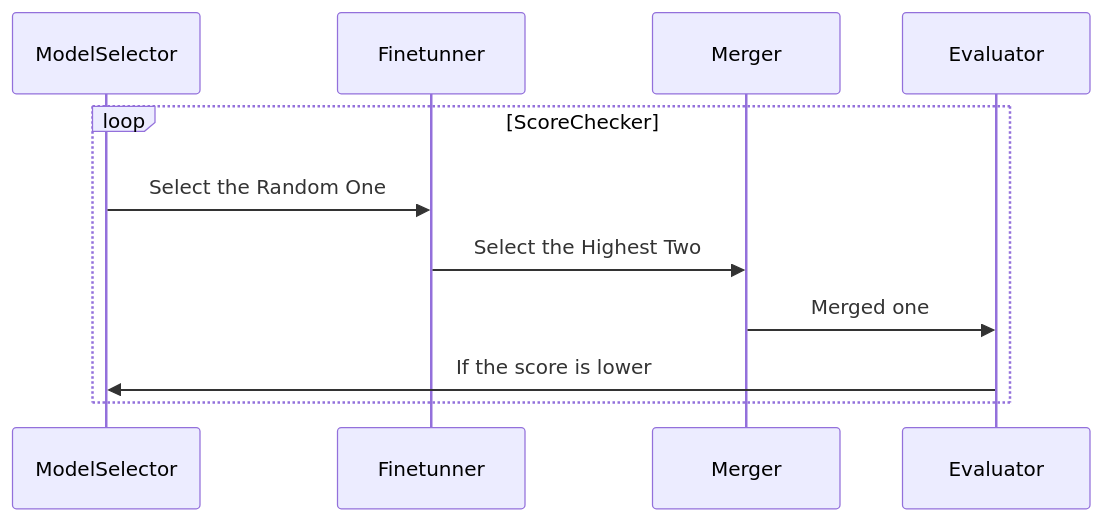
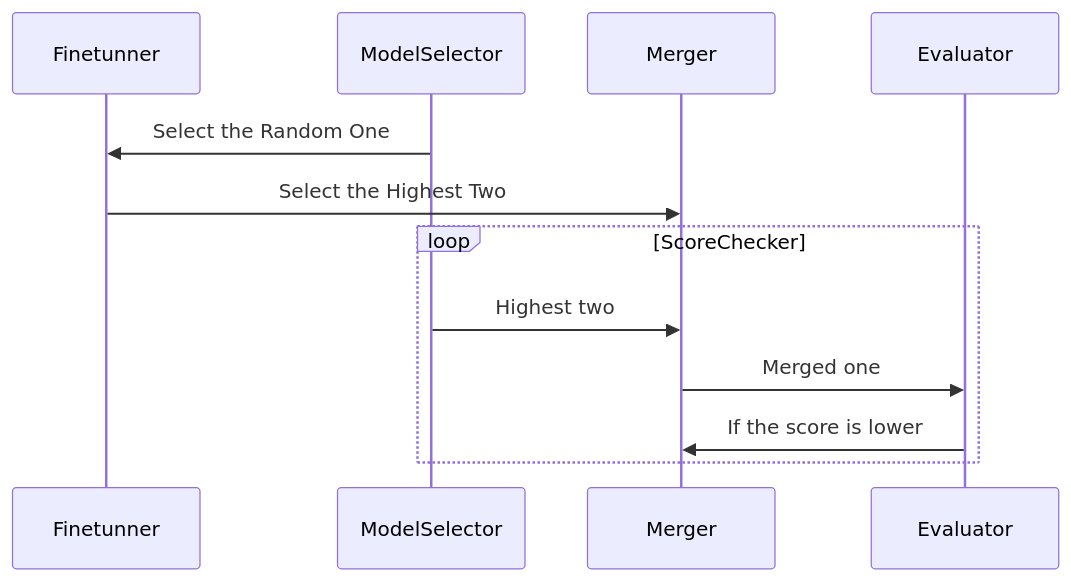
The diagram in README.md (javafa/javafa), drawn with Mermaid before and after one commit.

````diff
--- a/README.md
+++ b/README.md
@@ -18,13 +18,14 @@
 ```mermaid
 sequenceDiagram
+    participant Finetunner
     participant ModelSelector
-    participant Finetunner
     participant Merger
     participant Evaluator
+    ModelSelector->>Finetunner: Select the Random One
+    Finetunner->>Merger: Select the Highest Two
     loop ScoreChecker
-        ModelSelector->>Finetunner: Select the Random One
-        Finetunner->>Merger: Select the Highest Two
+        ModelSelector->>Merger: Highest two
         Merger->>Evaluator: Merged one
-        Evaluator->>ModelSelector: If the score is lower
+        Evaluator->>Merger: If the score is lower
     end
 ```
````
